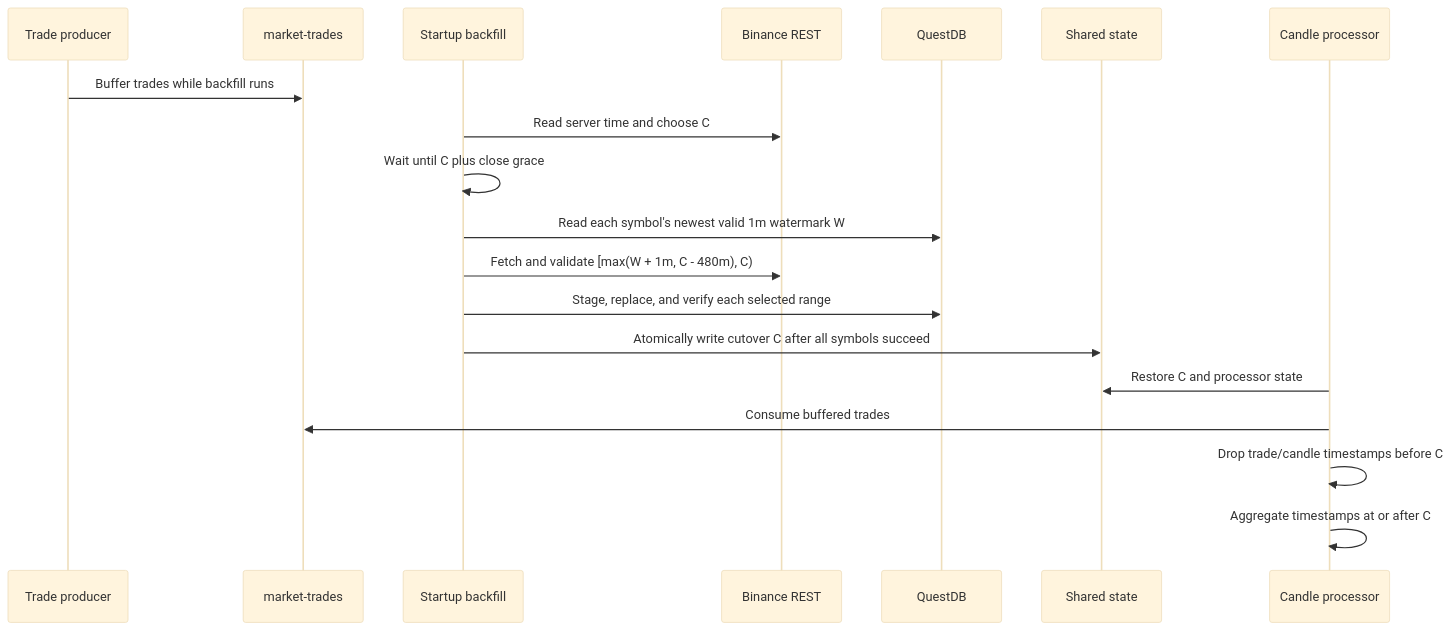
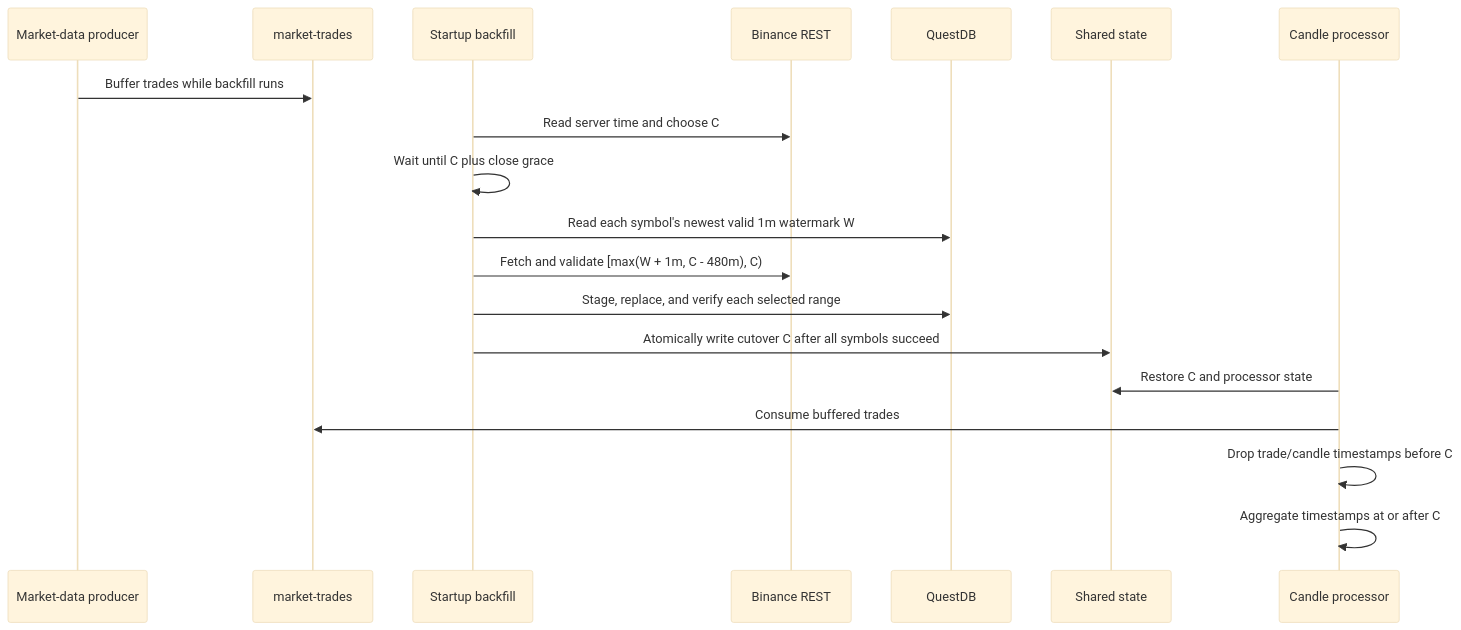
One commit to Zane-Theodore/NexTick changed the second of 2 diagrams in docs/architecture.md. Above: the diagram before and after it, drawn with Mermaid (base theme). The commit also changed other lines of this file and 2 other files, not shown here.

Commit message:
feat: update documentation to include market depth handling and Kafka topic configurations

````diff
--- a/docs/architecture.md
+++ b/docs/architecture.md
@@ -96,22 +100,22 @@
 ```mermaid
 sequenceDiagram
-  participant Producer as Trade producer
+  participant Producer as Market-data producer
   participant Kafka as market-trades
   participant Backfill as Startup backfill
   participant Binance as Binance REST
   participant DB as QuestDB
   participant State as Shared state
   participant Processor as Candle processor
 
   Producer->>Kafka: Buffer trades while backfill runs
   Backfill->>Binance: Read server time and choose C
   Backfill->>Backfill: Wait until C plus close grace
   Backfill->>DB: Read each symbol's newest valid 1m watermark W
   Backfill->>Binance: Fetch and validate [max(W + 1m, C - 480m), C)
   Backfill->>DB: Stage, replace, and verify each selected range
   Backfill->>State: Atomically write cutover C after all symbols succeed
   Processor->>State: Restore C and processor state
   Processor->>Kafka: Consume buffered trades
   Processor->>Processor: Drop trade/candle timestamps before C
   Processor->>Processor: Aggregate timestamps at or after C
 ```
````
